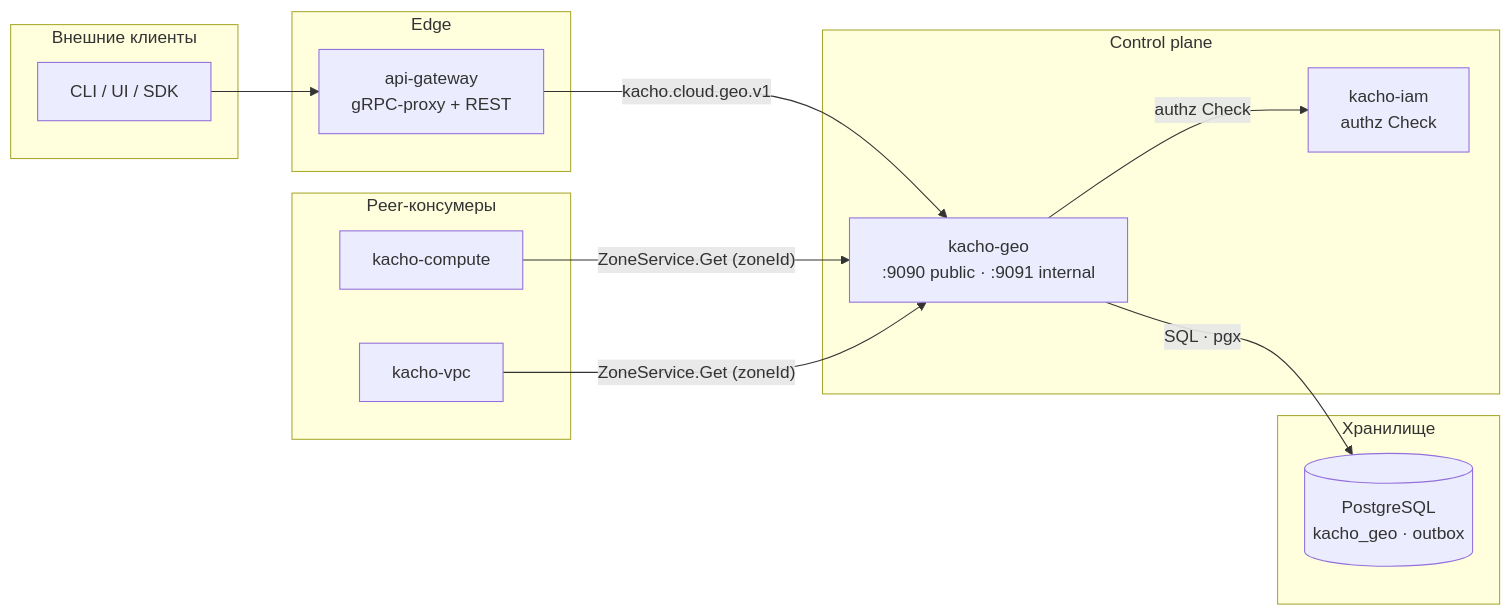
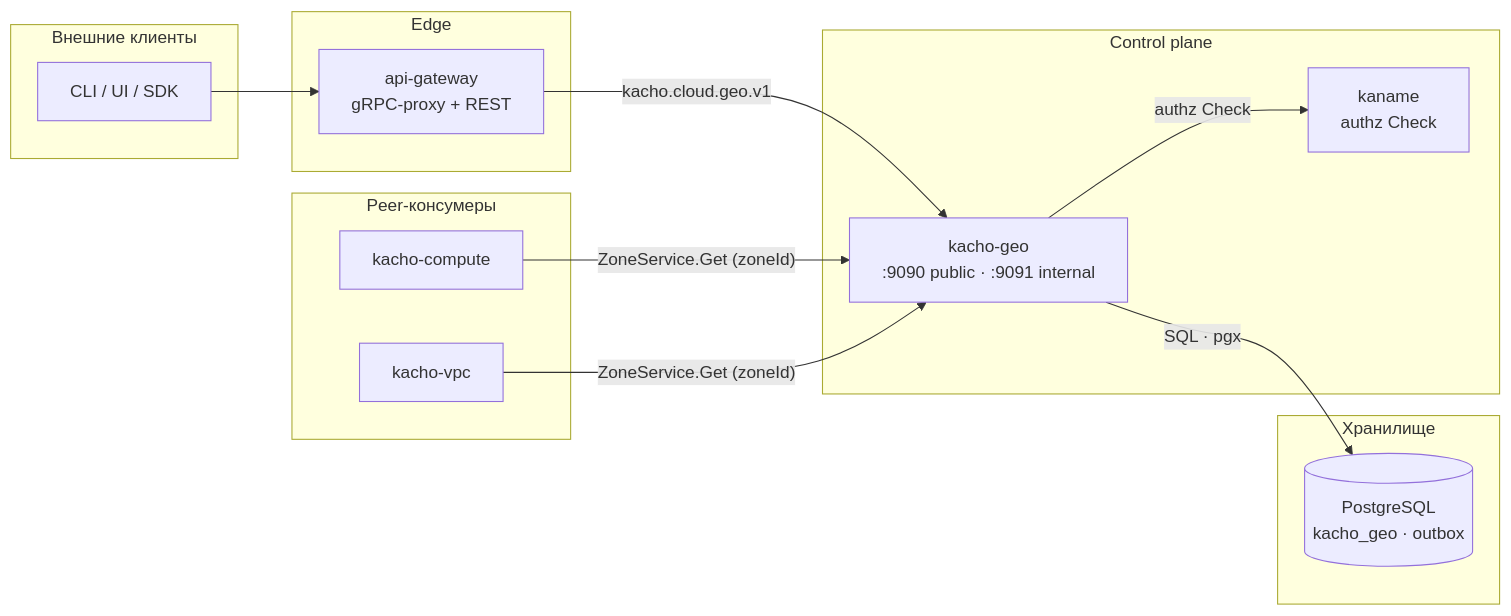
The second of 2 diagrams in services/geo/docs/content/intro.mdx (PRO-Robotech/kacho), drawn with Mermaid before and after one commit. The commit also changed other lines of this file and 5005 other files, not shown here.

````diff
--- a/services/geo/docs/content/intro.mdx
+++ b/services/geo/docs/content/intro.mdx
@@ -114,27 +114,27 @@
 ```mermaid
 flowchart LR
   subgraph ext["Внешние клиенты"]
     cli["CLI / UI / SDK"]
   end
   subgraph edge["Edge"]
     agw["api-gateway<br/>gRPC-proxy + REST"]
   end
   subgraph cp["Control plane"]
     geo["kacho-geo<br/>:9090 public · :9091 internal"]
-    iam["kacho-iam<br/>authz Check"]
+    iam["kaname<br/>authz Check"]
   end
   subgraph store["Хранилище"]
     pg[("PostgreSQL<br/>kacho_geo · outbox")]
   end
   subgraph peers["Peer-консумеры"]
     cmp["kacho-compute"]
     vpc["kacho-vpc"]
   end
 
   cli --> agw
   agw -->|"kacho.cloud.geo.v1"| geo
   geo -->|"SQL · pgx"| pg
   geo -->|"authz Check"| iam
   cmp -->|"ZoneService.Get (zoneId)"| geo
   vpc -->|"ZoneService.Get (zoneId)"| geo
 ```
````
